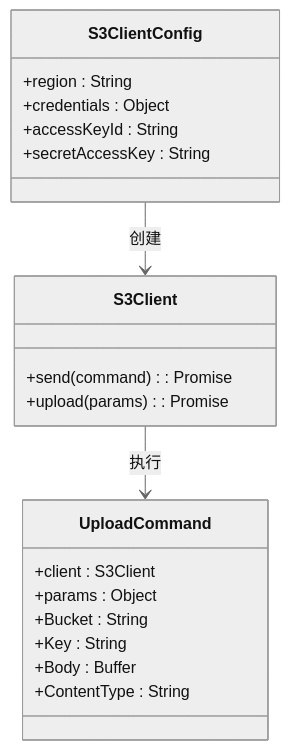
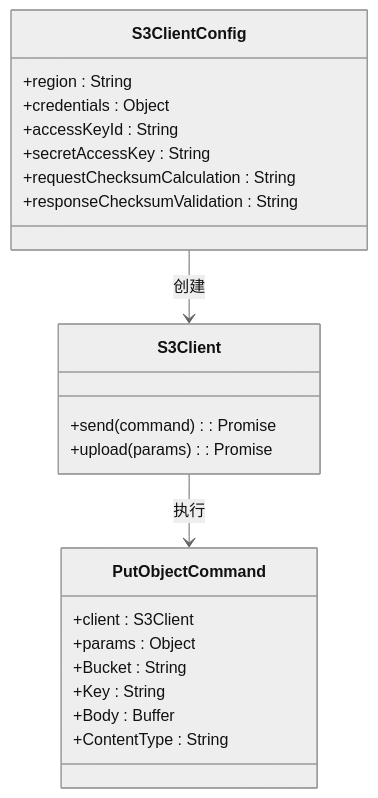
One commit to lane6008/fileTest changed the seventh of 12 diagrams in .qoder/repowiki/zh/content/AWS S3云存储集成.md. Above: the diagram before and after it, drawn with Mermaid (neutral theme). The commit also changed other lines of this file and 7 other files, not shown here.

````diff
--- a/.qoder/repowiki/zh/content/AWS S3云存储集成.md
+++ b/.qoder/repowiki/zh/content/AWS S3云存储集成.md
@@ -275,23 +287,25 @@
 ```mermaid
 classDiagram
 class S3ClientConfig {
 +region : String
 +credentials : Object
 +accessKeyId : String
 +secretAccessKey : String
++requestChecksumCalculation : String
++responseChecksumValidation : String
 }
 class S3Client {
 +send(command) : Promise
 +upload(params) : Promise
 }
-class UploadCommand {
+class PutObjectCommand {
 +client : S3Client
 +params : Object
 +Bucket : String
 +Key : String
 +Body : Buffer
 +ContentType : String
 }
 S3ClientConfig --> S3Client : 创建
-S3Client --> UploadCommand : 执行
+S3Client --> PutObjectCommand : 执行
 ```
````
